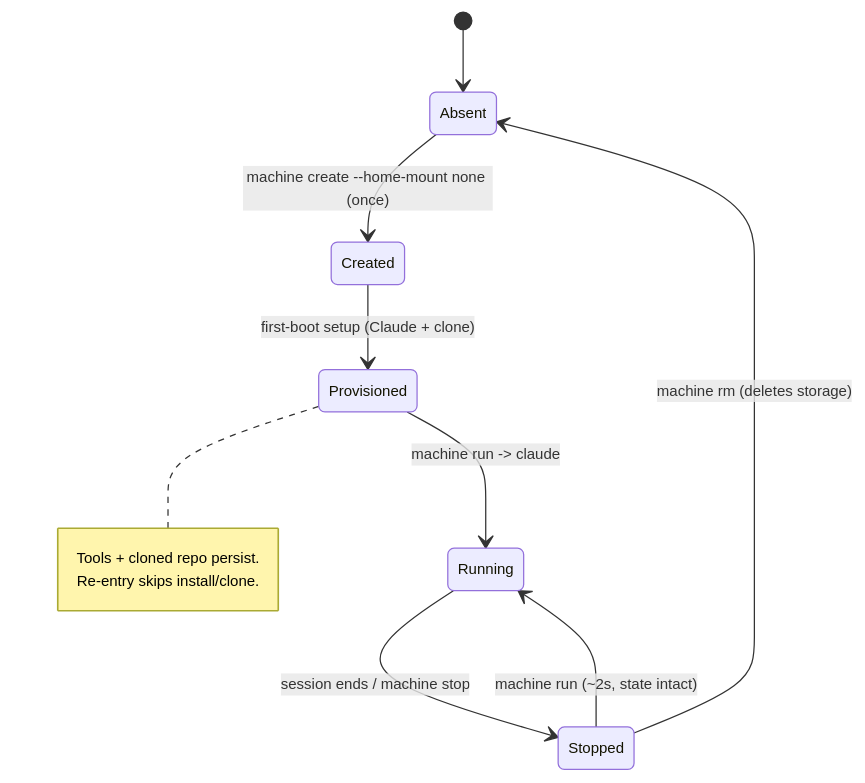
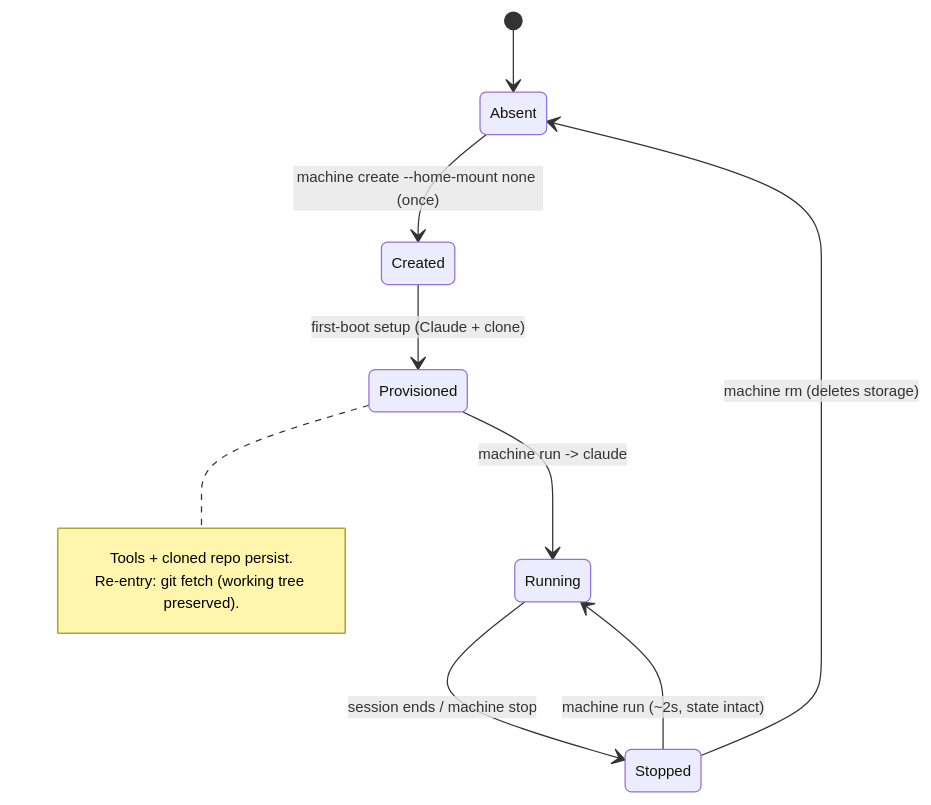
The second of 2 diagrams in docs/machine-mode.md (chew-z/Container), drawn with Mermaid before and after one commit. The commit also changed other lines of this file and 1 other file, not shown here.

````diff
--- a/docs/machine-mode.md
+++ b/docs/machine-mode.md
@@ -84,16 +81,16 @@
 ```mermaid
 %%{init: {"themeVariables": {"fontSize": "9pt"}}}%%
 stateDiagram-v2
     [*] --> Absent
     Absent --> Created: machine create --home-mount none (once)
     Created --> Provisioned: first-boot setup (Claude + clone)
     Provisioned --> Running: machine run -> claude
     Running --> Stopped: session ends / machine stop
     Stopped --> Running: machine run (~2s, state intact)
     Stopped --> Absent: machine rm (deletes storage)
 
     note right of Provisioned
         Tools + cloned repo persist.
-        Re-entry skips install/clone.
+        Re-entry: git fetch (working tree preserved).
     end note
 ```
````
